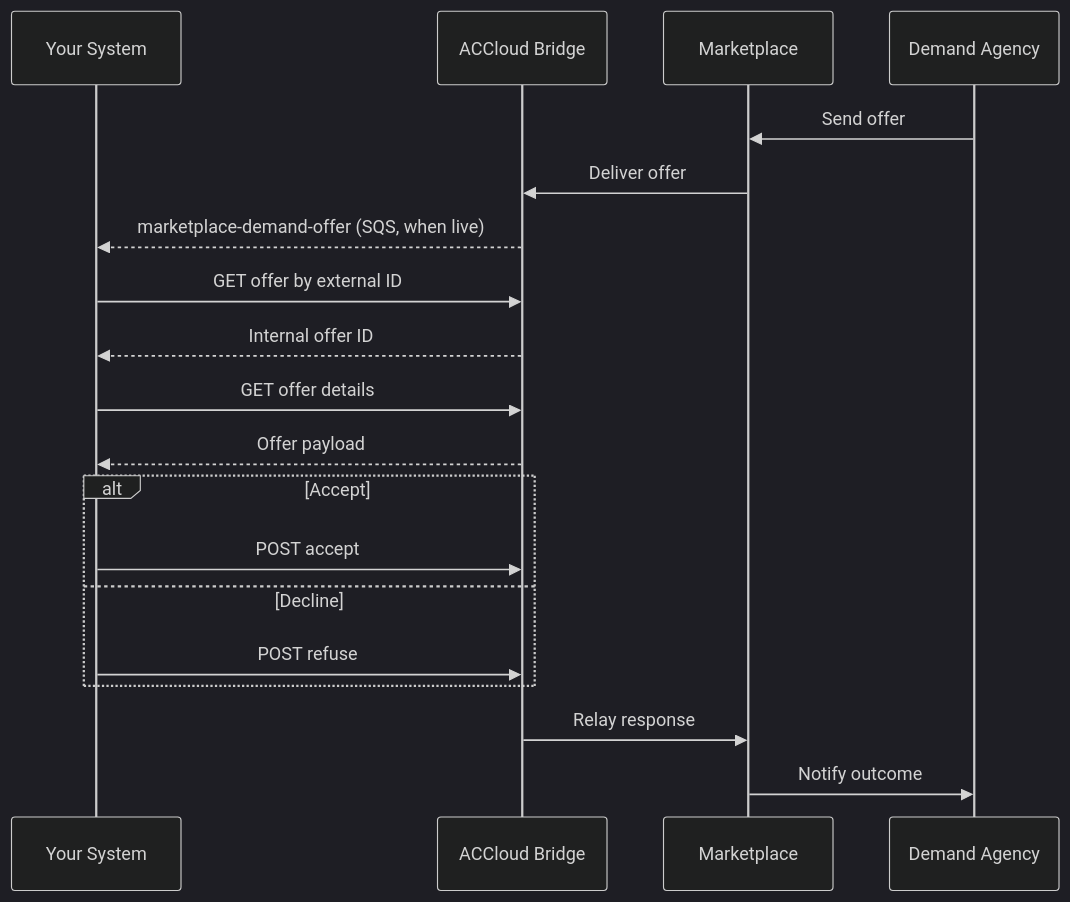
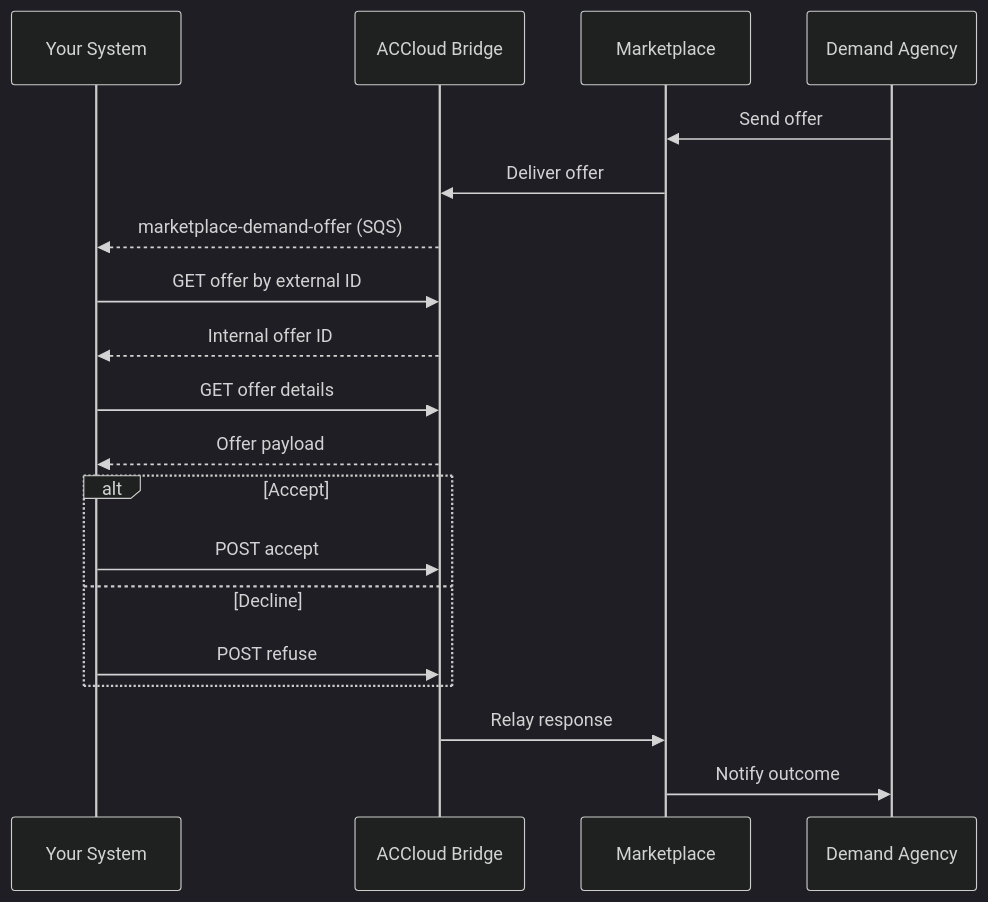
Before and after one commit to AlayaCare/alayamarket-third-party-integration: the diagram in docs/workflows/offers.md, drawn with Mermaid (dark theme). The commit also changed other lines of this file and 2 other files, not shown here.

First line of the commit message:
docs: drop offer event availability teasers

````diff
--- a/docs/workflows/offers.md
+++ b/docs/workflows/offers.md
@@ -131,22 +129,22 @@
 ```mermaid
 sequenceDiagram
     participant 3P as Your System
     participant AC as ACCloud Bridge
     participant MP as Marketplace
     participant DA as Demand Agency
 
     DA->>MP: Send offer
     MP->>AC: Deliver offer
-    AC-->>3P: marketplace-demand-offer (SQS, when live)
+    AC-->>3P: marketplace-demand-offer (SQS)
     3P->>AC: GET offer by external ID
     AC-->>3P: Internal offer ID
     3P->>AC: GET offer details
     AC-->>3P: Offer payload
     alt Accept
         3P->>AC: POST accept
     else Decline
         3P->>AC: POST refuse
     end
     AC->>MP: Relay response
     MP->>DA: Notify outcome
 ```
````
